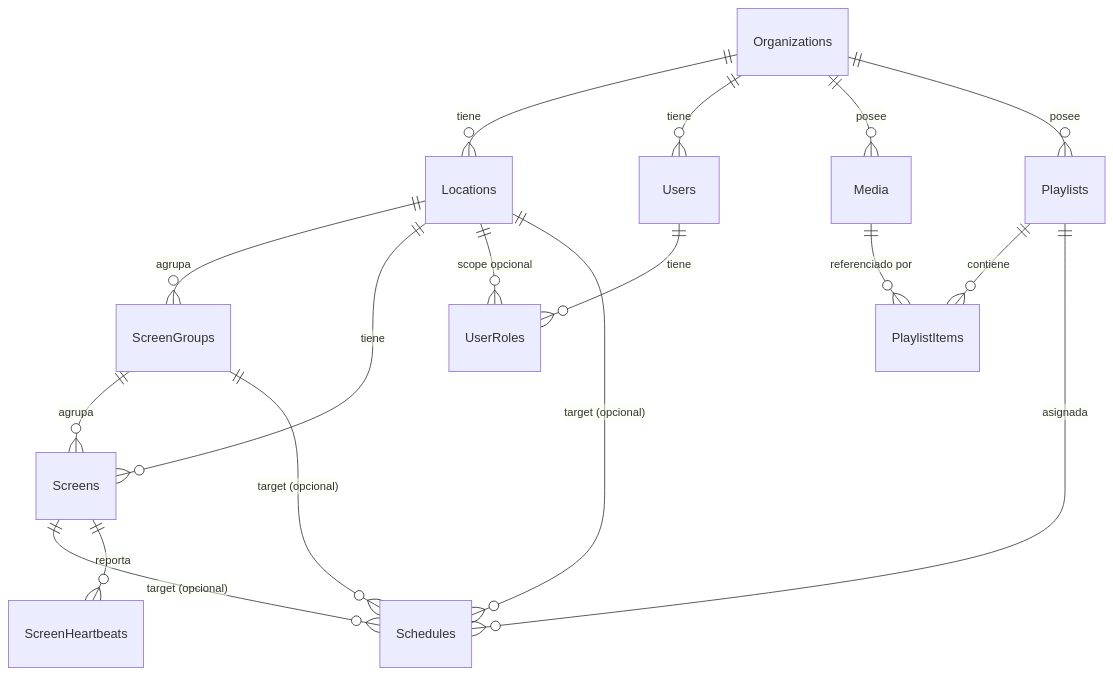
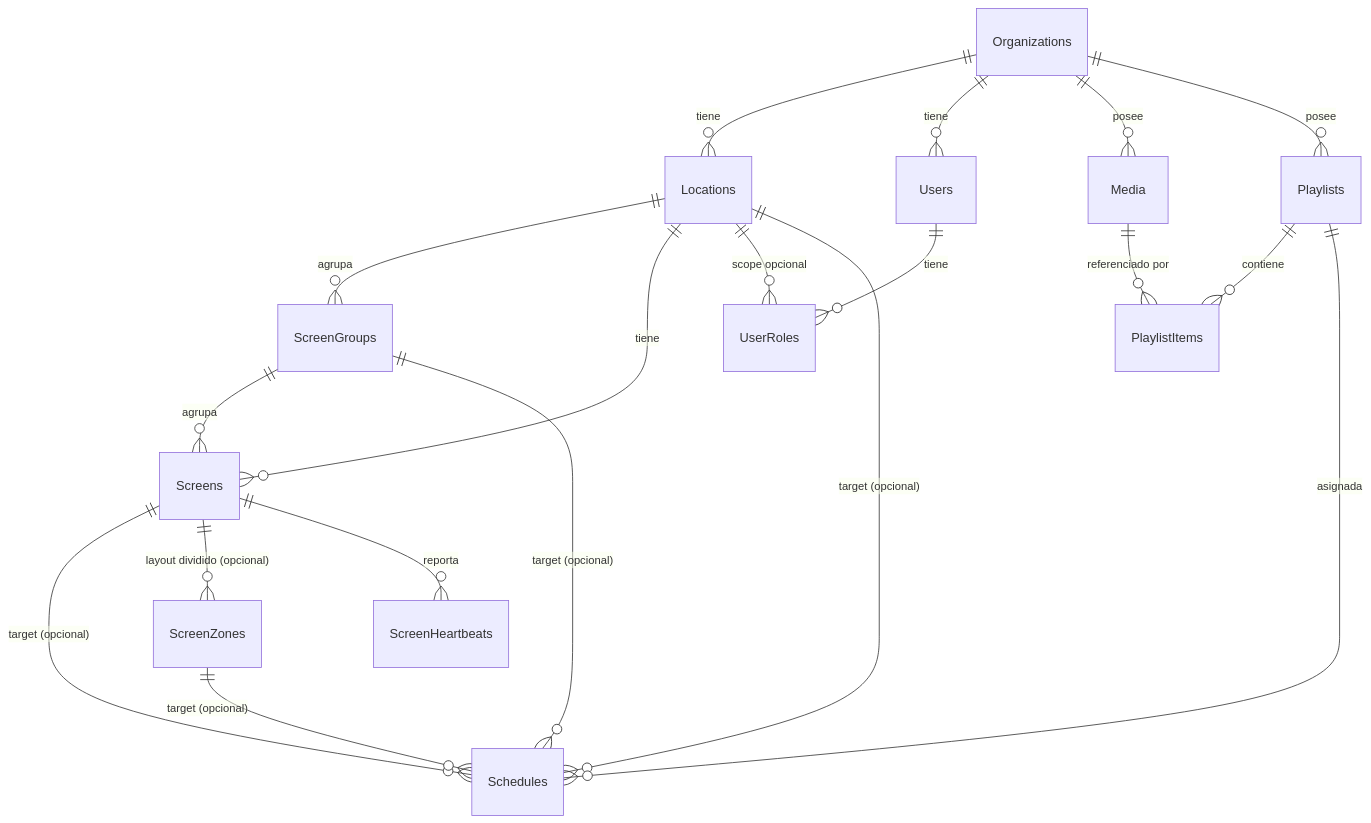
The diagram in docs/database-schema.md (DavidPayan8/carteleria-digital), drawn with Mermaid before and after one commit. The commit also changed other lines of this file and 136 other files, not shown here.

````diff
--- a/docs/database-schema.md
+++ b/docs/database-schema.md
@@ -7,25 +7,27 @@
 ```mermaid
 erDiagram
     Organizations ||--o{ Locations : tiene
     Organizations ||--o{ Users : tiene
     Organizations ||--o{ Media : posee
     Organizations ||--o{ Playlists : posee
 
     Locations ||--o{ ScreenGroups : agrupa
     Locations ||--o{ Screens : tiene
     Locations ||--o{ UserRoles : "scope opcional"
 
     Users ||--o{ UserRoles : tiene
 
     ScreenGroups ||--o{ Screens : agrupa
 
     Playlists ||--o{ PlaylistItems : contiene
     Media ||--o{ PlaylistItems : "referenciado por"
 
     Screens ||--o{ Schedules : "target (opcional)"
     ScreenGroups ||--o{ Schedules : "target (opcional)"
     Locations ||--o{ Schedules : "target (opcional)"
+    ScreenZones ||--o{ Schedules : "target (opcional)"
     Playlists ||--o{ Schedules : asignada
 
+    Screens ||--o{ ScreenZones : "layout dividido (opcional)"
     Screens ||--o{ ScreenHeartbeats : reporta
 ```
````
